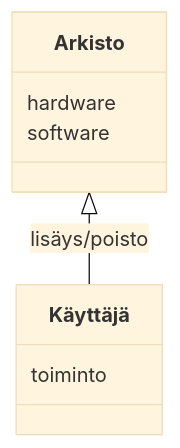
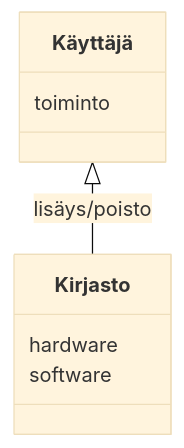
The diagram in sovellus/dokumentaatio/arkkitehtuuri.md (LHuldin/ot-harjoitustyo24), drawn with Mermaid (base theme) before and after one commit. The commit also changed other lines of this file, not shown here.

````diff
--- a/sovellus/dokumentaatio/arkkitehtuuri.md
+++ b/sovellus/dokumentaatio/arkkitehtuuri.md
@@ -1,11 +20,11 @@
 ```mermaid
  classDiagram
-    Arkisto <|-- Käyttäjä : lisäys/poisto
-    class Arkisto{
+    Käyttäjä <|-- Kirjasto : lisäys/poisto
+    class Kirjasto{
         hardware
         software
     }
     class Käyttäjä{
         toiminto
     }
 ```
````
